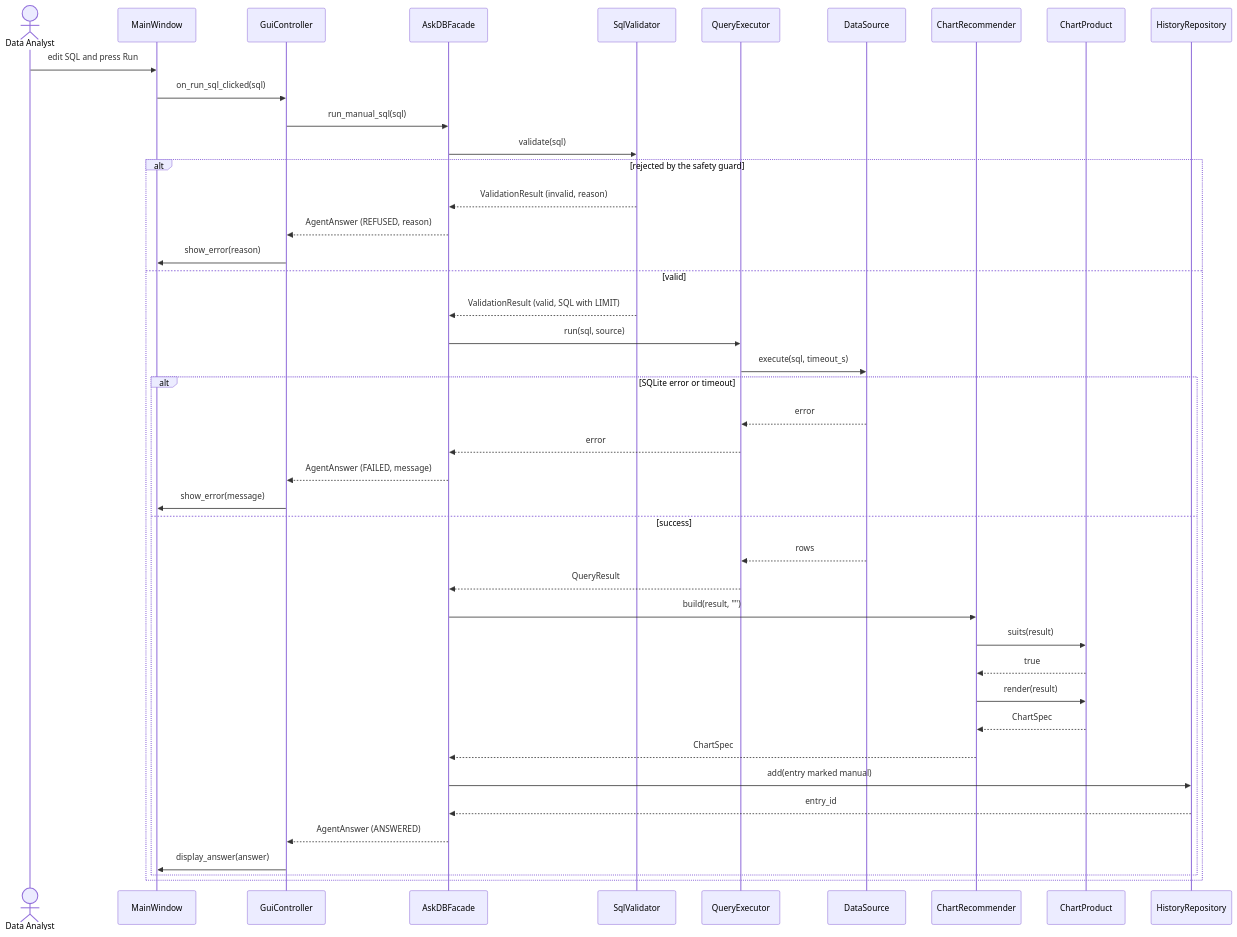
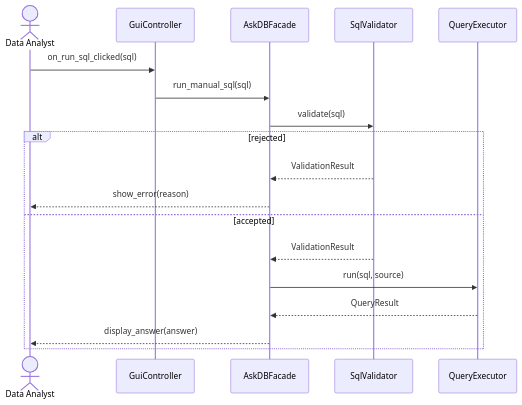
Before and after one commit to krishi-shah/AskDB-Data-Analyst-Agent: diagram 11 of 15 in docs/Stage1_Design_Report.md, drawn with Mermaid. The commit also changed other lines of this file, not shown here.

Commit message:
Name the missing design principles and keep only the UML diagrams Stage 1 asks for.

````diff
--- a/docs/Stage1_Design_Report.md
+++ b/docs/Stage1_Design_Report.md
@@ -2031,46 +1135,21 @@
 ```mermaid
 sequenceDiagram
     actor A as Data Analyst
-    participant MW as MainWindow
     participant GC as GuiController
     participant F as AskDBFacade
     participant V as SqlValidator
     participant QE as QueryExecutor
-    participant DS as DataSource
-    participant CR as ChartRecommender
-    participant CS as ChartProduct
-    participant HR as HistoryRepository
 
-    A->>MW: edit SQL and press Run
-    MW->>GC: on_run_sql_clicked(sql)
+    A->>GC: on_run_sql_clicked(sql)
     GC->>F: run_manual_sql(sql)
     F->>V: validate(sql)
-    alt rejected by the safety guard
-        V-->>F: ValidationResult (invalid, reason)
-        F-->>GC: AgentAnswer (REFUSED, reason)
-        GC->>MW: show_error(reason)
-    else valid
-        V-->>F: ValidationResult (valid, SQL with LIMIT)
+    alt rejected
+        V-->>F: ValidationResult
+        F-->>A: show_error(reason)
+    else accepted
+        V-->>F: ValidationResult
         F->>QE: run(sql, source)
-        QE->>DS: execute(sql, timeout_s)
-        alt SQLite error or timeout
-            DS-->>QE: error
-            QE-->>F: error
-            F-->>GC: AgentAnswer (FAILED, message)
-            GC->>MW: show_error(message)
-        else success
-            DS-->>QE: rows
-            QE-->>F: QueryResult
-            F->>CR: build(result, "")
-            CR->>CS: suits(result)
-            CS-->>CR: true
-            CR->>CS: render(result)
-            CS-->>CR: ChartSpec
-            CR-->>F: ChartSpec
-            F->>HR: add(entry marked manual)
-            HR-->>F: entry_id
-            F-->>GC: AgentAnswer (ANSWERED)
-            GC->>MW: display_answer(answer)
-        end
+        QE-->>F: QueryResult
+        F-->>A: display_answer(answer)
     end
 ```
````
